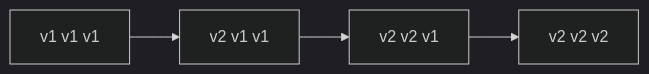
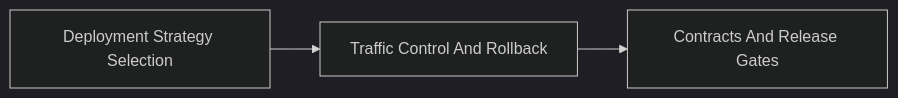
Before and after one commit to taukhir/shopverse: the diagram in documentation/docs/operations/DEPLOYMENT-STRATEGIES.md, drawn with Mermaid (dark theme). The commit also changed other lines of this file and 370 other files, not shown here.

Commit message:
Refactor shopverse checkout and catalog flows

````diff
--- a/documentation/docs/operations/DEPLOYMENT-STRATEGIES.md
+++ b/documentation/docs/operations/DEPLOYMENT-STRATEGIES.md
@@ -159,6 +19,8 @@
 ```mermaid
 flowchart LR
-    A["v1 v1 v1"] --> B["v2 v1 v1"]
-    B --> C["v2 v2 v1"]
-    C --> D["v2 v2 v2"]
+    P1["Deployment Strategy Selection"]
+    P2["Traffic Control And Rollback"]
+    P3["Contracts And Release Gates"]
+    P1 --> P2
+    P2 --> P3
 ```
````
